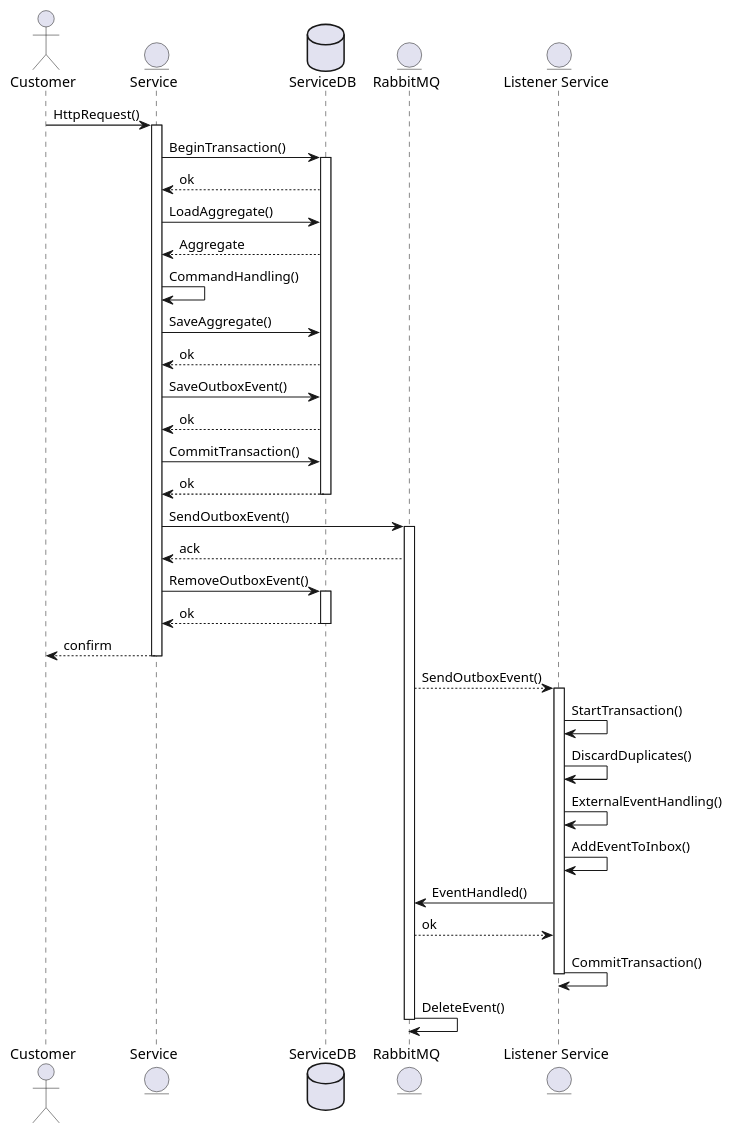
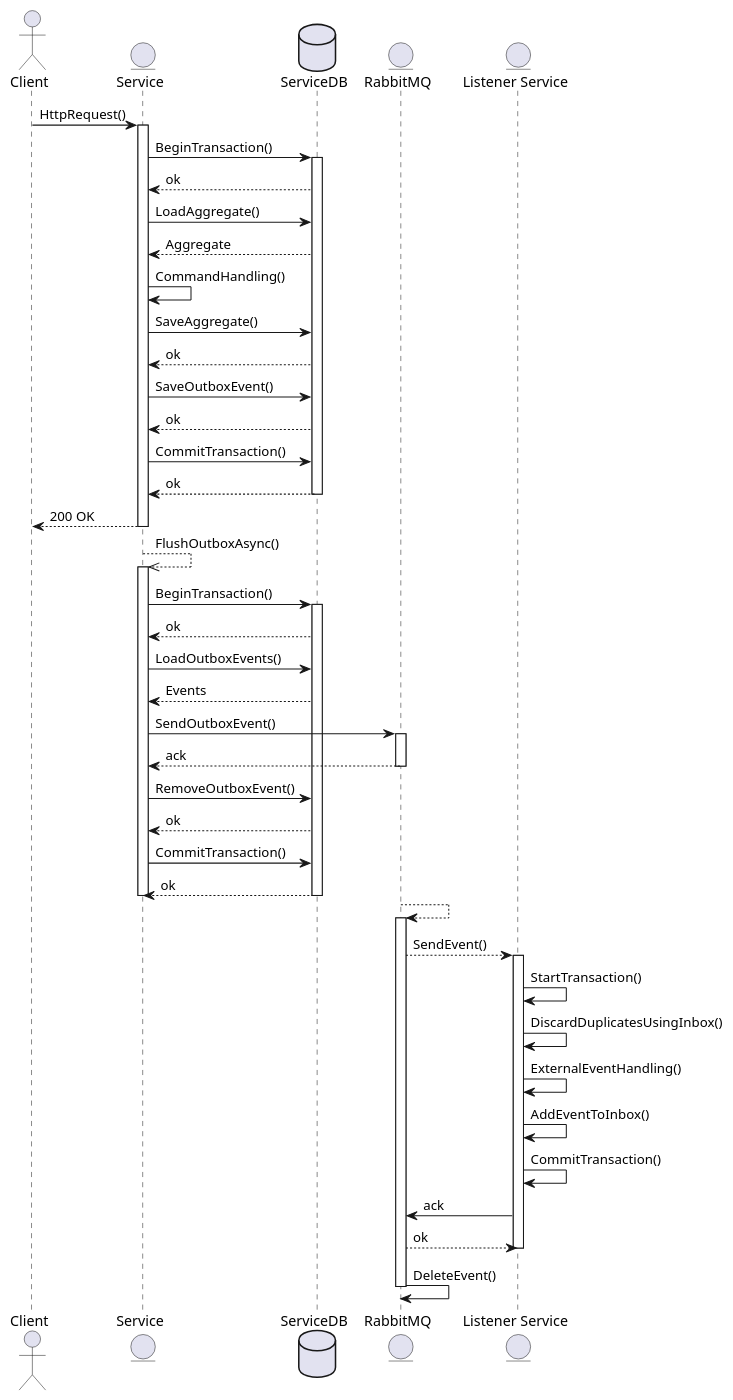
Before and after one commit to ldeluigi/microchat: the first of 4 diagrams in docs/architecture/sequence-diagram.md, drawn with PlantUML. The commit also changed other lines of this file, not shown here.

Commit message:
Fix some errors, WIP

````diff
--- a/docs/architecture/sequence-diagram.md
+++ b/docs/architecture/sequence-diagram.md
@@ -4,45 +4,57 @@
 ```plantuml
 @startuml Command
-actor Customer
+actor Client
 entity Service
 database ServiceDB
 entity RabbitMQ
 entity "Listener Service" as Service2
-Customer -> Service : HttpRequest()
+Client -> Service : HttpRequest()
 activate Service
 Service -> ServiceDB : BeginTransaction()
 activate ServiceDB
 ServiceDB --> Service : ok
 Service -> ServiceDB : LoadAggregate()
 ServiceDB --> Service : Aggregate
 Service -> Service : CommandHandling()
 Service -> ServiceDB : SaveAggregate()
 ServiceDB --> Service : ok
 Service -> ServiceDB : SaveOutboxEvent()
 ServiceDB --> Service : ok
 Service -> ServiceDB : CommitTransaction()
 ServiceDB --> Service : ok
 deactivate ServiceDB
+Service --> Client : 200 OK
+deactivate Service
+Service -->> Service : FlushOutboxAsync()
+activate Service
+Service -> ServiceDB : BeginTransaction()
+activate ServiceDB
+ServiceDB --> Service : ok
+Service -> ServiceDB : LoadOutboxEvents()
+ServiceDB --> Service : Events
 Service -> RabbitMQ : SendOutboxEvent()
 activate RabbitMQ
 RabbitMQ --> Service : ack
+deactivate RabbitMQ
 Service -> ServiceDB: RemoveOutboxEvent()
-activate ServiceDB
+ServiceDB --> Service : ok
+Service -> ServiceDB : CommitTransaction()
 ServiceDB --> Service : ok
 deactivate ServiceDB
-Service --> Customer : confirm
 deactivate Service
-RabbitMQ --> Service2 : SendOutboxEvent()
+RabbitMQ --> RabbitMQ
+activate RabbitMQ
+RabbitMQ --> Service2 : SendEvent()
 activate Service2
 Service2 -> Service2 : StartTransaction()
-Service2 -> Service2 : DiscardDuplicates()
+Service2 -> Service2 : DiscardDuplicatesUsingInbox()
 Service2 -> Service2 : ExternalEventHandling()
 Service2 -> Service2 : AddEventToInbox()
-Service2 -> RabbitMQ : EventHandled()
+Service2 -> Service2 : CommitTransaction()
+Service2 -> RabbitMQ : ack
 RabbitMQ --> Service2 : ok
-Service2 -> Service2 : CommitTransaction()
 deactivate Service2
 RabbitMQ -> RabbitMQ : DeleteEvent()
 deactivate RabbitMQ
 @enduml
 ```
````
